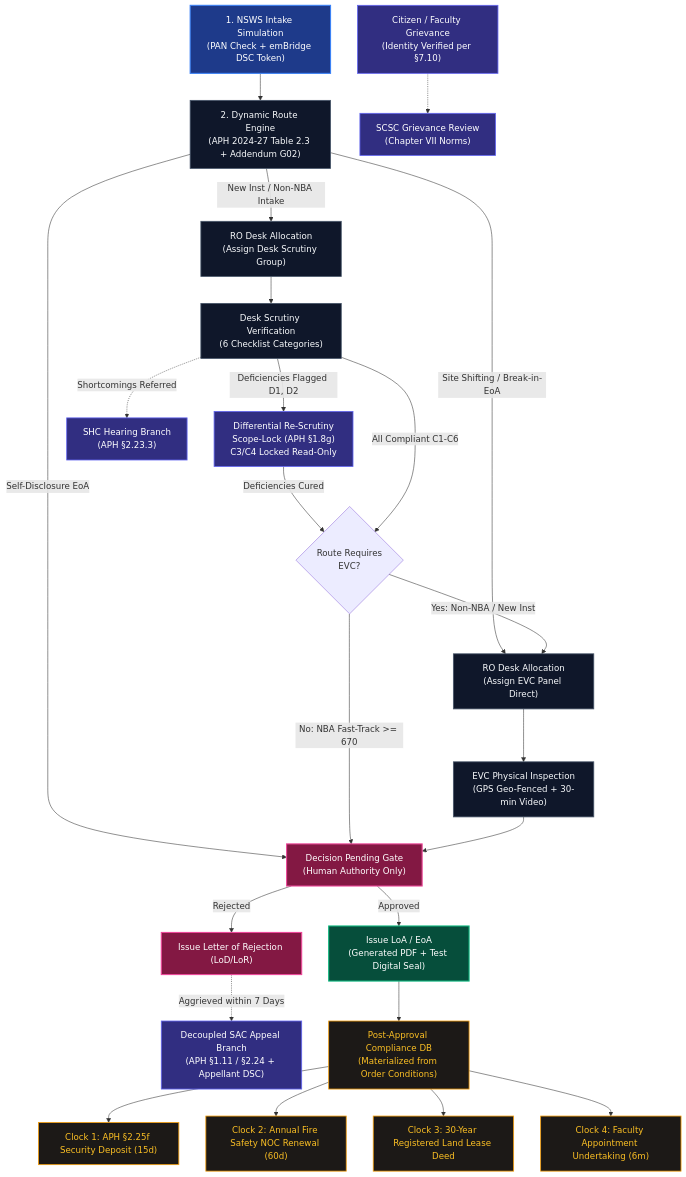
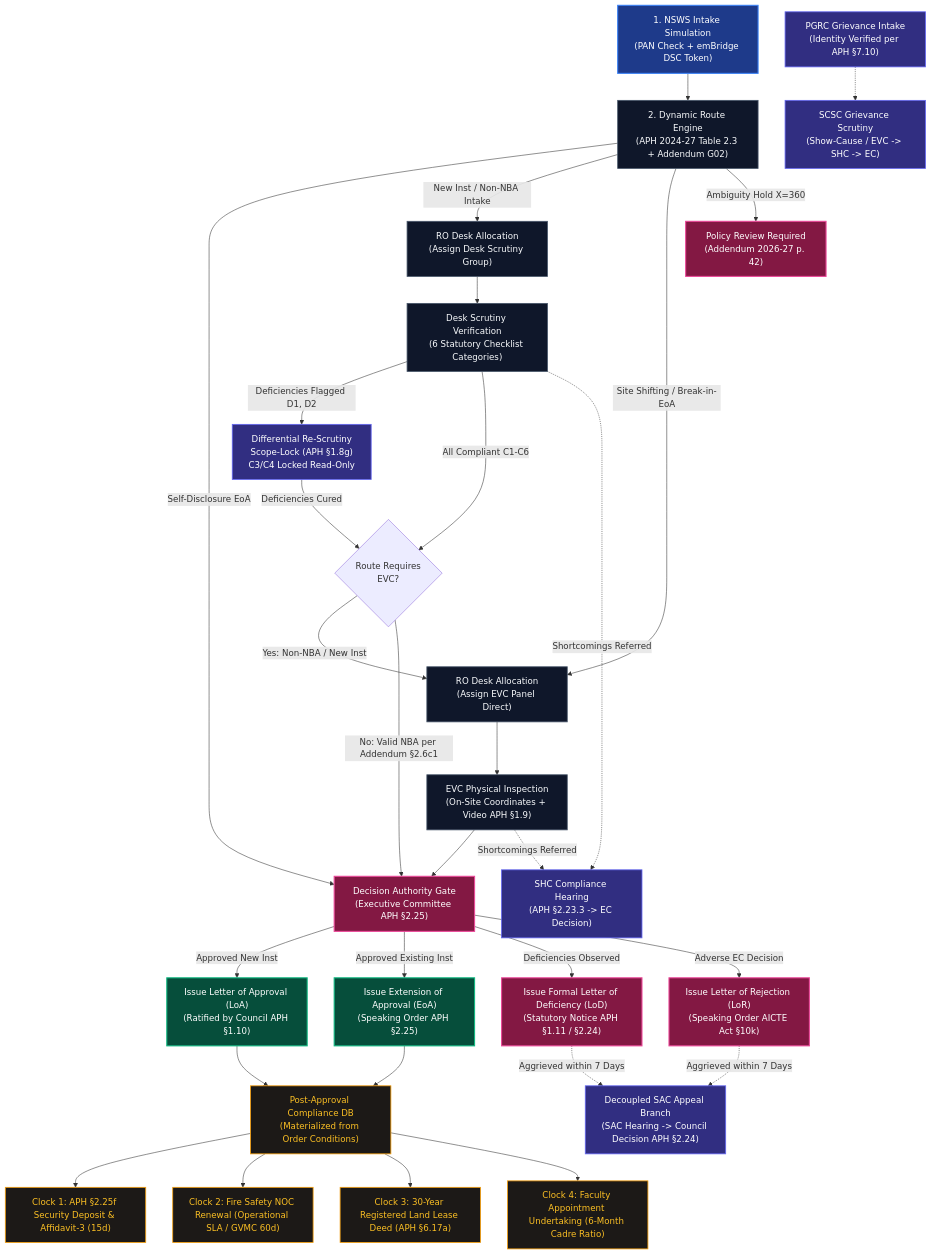
One commit to Parth-Chavan-15/SIH-2026-AICTE changed the diagram in README.md. Above: the diagram before and after it, drawn with Mermaid. The commit also changed other lines of this file and 10 other files, not shown here.

Commit message:
fix(forensic-audit): repair authorization guards, dynamic route engine boundary hold, and decision document integrity

````diff
--- a/README.md
+++ b/README.md
@@ -35,39 +35,45 @@
 ```mermaid
 flowchart TD
     classDef startNode fill:#1e3a8a,stroke:#3b82f6,stroke-width:2px,color:#fff;
     classDef processNode fill:#0f172a,stroke:#475569,stroke-width:1.5px,color:#f8fafc;
     classDef branch fill:#312e81,stroke:#6366f1,stroke-width:1.5px,color:#fff;
     classDef decisionNode fill:#831843,stroke:#ec4899,stroke-width:2px,color:#fff;
     classDef docNode fill:#064e3b,stroke:#10b981,stroke-width:2px,color:#fff;
     classDef auditNode fill:#1c1917,stroke:#f59e0b,stroke-width:1.5px,color:#fbbf24;
 
     A["1. NSWS Intake Simulation<br/>(PAN Check + emBridge DSC Token)"]:::startNode --> B["2. Dynamic Route Engine<br/>(APH 2024-27 Table 2.3 + Addendum G02)"]:::processNode
     
-    B -->|Self-Disclosure EoA| G["Decision Pending Gate<br/>(Human Authority Only)"]:::decisionNode
+    B -->|Self-Disclosure EoA| G["Decision Authority Gate<br/>(Executive Committee APH §2.25)"]:::decisionNode
     B -->|New Inst / Non-NBA Intake| C["RO Desk Allocation<br/>(Assign Desk Scrutiny Group)"]:::processNode
     B -->|Site Shifting / Break-in-EoA| E["RO Desk Allocation<br/>(Assign EVC Panel Direct)"]:::processNode
+    B -->|Ambiguity Hold X=360| BH["Policy Review Required<br/>(Addendum 2026-27 p. 42)"]:::decisionNode
 
-    C --> D["Desk Scrutiny Verification<br/>(6 Checklist Categories)"]:::processNode
+    C --> D["Desk Scrutiny Verification<br/>(6 Statutory Checklist Categories)"]:::processNode
     D -->|Deficiencies Flagged D1, D2| D1["Differential Re-Scrutiny<br/>Scope-Lock (APH §1.8g)<br/>C3/C4 Locked Read-Only"]:::branch
     D1 -->|Deficiencies Cured| D2Check{"Route Requires<br/>EVC?"}
     D -->|All Compliant C1-C6| D2Check
 
     D2Check -->|Yes: Non-NBA / New Inst| E
-    D2Check -->|No: NBA Fast-Track >= 670| G
+    D2Check -->|No: Valid NBA per Addendum §2.6c1| G
 
-    E --> F["EVC Physical Inspection<br/>(GPS Geo-Fenced + 30-min Video)"]:::processNode
+    E --> F["EVC Physical Inspection<br/>(On-Site Coordinates + Video APH §1.9)"]:::processNode
     F --> G
 
-    G -->|Approved| H["Issue LoA / EoA<br/>(Generated PDF + Test Digital Seal)"]:::docNode
-    G -->|Rejected| I["Issue Letter of Rejection (LoD/LoR)"]:::decisionNode
+    G -->|Approved New Inst| H1["Issue Letter of Approval (LoA)<br/>(Ratified by Council APH §1.10)"]:::docNode
+    G -->|Approved Existing Inst| H2["Issue Extension of Approval (EoA)<br/>(Speaking Order APH §2.25)"]:::docNode
+    G -->|Deficiencies Observed| I1["Issue Formal Letter of Deficiency (LoD)<br/>(Statutory Notice APH §1.11 / §2.24)"]:::decisionNode
+    G -->|Adverse EC Decision| I2["Issue Letter of Rejection (LoR)<br/>(Speaking Order AICTE Act §10k)"]:::decisionNode
 
-    I -.->|Aggrieved within 7 Days| J["Decoupled SAC Appeal Branch<br/>(APH §1.11 / §2.24 + Appellant DSC)"]:::branch
-    D -.->|Shortcomings Referred| K["SHC Hearing Branch<br/>(APH §2.23.3)"]:::branch
-    L["Citizen / Faculty Grievance<br/>(Identity Verified per §7.10)"]:::branch -.-> M["SCSC Grievance Review<br/>(Chapter VII Norms)"]:::branch
+    I1 -.->|Aggrieved within 7 Days| J["Decoupled SAC Appeal Branch<br/>(SAC Hearing -> Council Decision APH §2.24)"]:::branch
+    I2 -.->|Aggrieved within 7 Days| J
+    D -.->|Shortcomings Referred| K["SHC Compliance Hearing<br/>(APH §2.23.3 -> EC Decision)"]:::branch
+    F -.->|Shortcomings Referred| K
+    L["PGRC Grievance Intake<br/>(Identity Verified per APH §7.10)"]:::branch -.-> M["SCSC Grievance Scrutiny<br/>(Show-Cause / EVC -> SHC -> EC)"]:::branch
 
-    H --> N["Post-Approval Compliance DB<br/>(Materialized from Order Conditions)"]:::auditNode
-    N --> N1["Clock 1: APH §2.25f Security Deposit (15d)"]:::auditNode
-    N --> N2["Clock 2: Annual Fire Safety NOC Renewal (60d)"]:::auditNode
-    N --> N3["Clock 3: 30-Year Registered Land Lease Deed"]:::auditNode
-    N --> N4["Clock 4: Faculty Appointment Undertaking (6m)"]:::auditNode
+    H1 --> N["Post-Approval Compliance DB<br/>(Materialized from Order Conditions)"]:::auditNode
+    H2 --> N
+    N --> N1["Clock 1: APH §2.25f Security Deposit & Affidavit-3 (15d)"]:::auditNode
+    N --> N2["Clock 2: Fire Safety NOC Renewal (Operational SLA / GVMC 60d)"]:::auditNode
+    N --> N3["Clock 3: 30-Year Registered Land Lease Deed (APH §6.17a)"]:::auditNode
+    N --> N4["Clock 4: Faculty Appointment Undertaking (6-Month Cadre Ratio)"]:::auditNode
 ```
````
